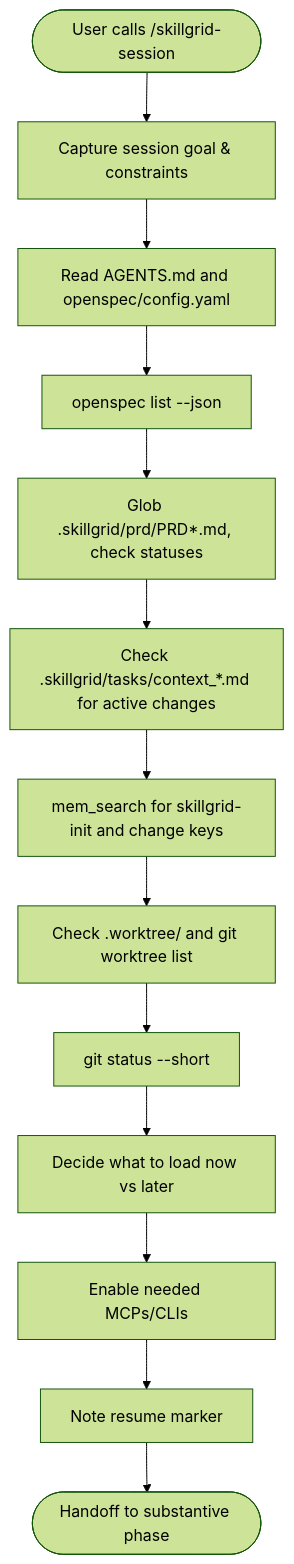
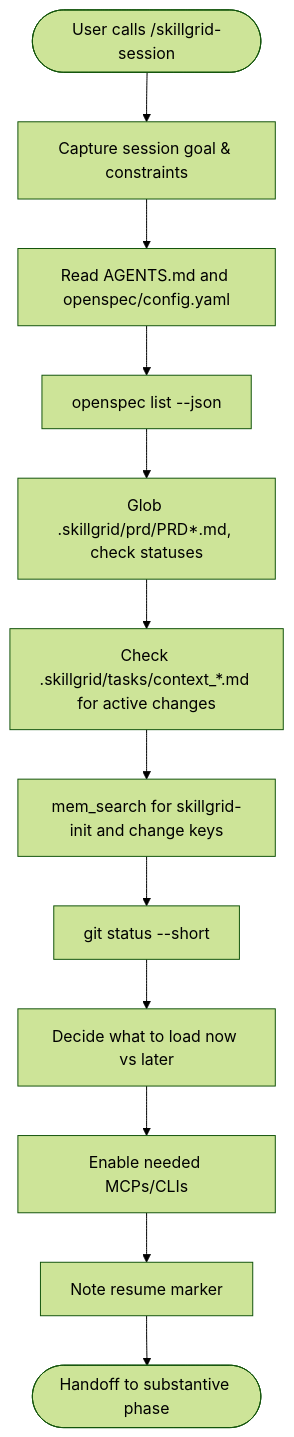
Before and after one commit to devopstales/aiskillgrid: the diagram in .cursor/commands/skillgrid-session.md, drawn with Mermaid (forest theme). The commit also changed other lines of this file and 50 other files, not shown here.

````diff
--- a/.cursor/commands/skillgrid-session.md
+++ b/.cursor/commands/skillgrid-session.md
@@ -22,18 +22,17 @@
 ```mermaid
 flowchart TD
     START([User calls /skillgrid-session])
     CHARTER[Capture session goal & constraints]
     AGENTS[Read AGENTS.md and openspec/config.yaml]
     OPS[openspec list --json]
     PRDS[Glob .skillgrid/prd/PRD*.md, check statuses]
     CONTEXT[Check .skillgrid/tasks/context_*.md for active changes]
     ENGRAM[mem_search for skillgrid-init and change keys]
-    WORKTREES[Check .worktree/ and git worktree list]
     DIRTY[git status --short]
     BUDGET[Decide what to load now vs later]
     TOOLS[Enable needed MCPs/CLIs]
     CHECKPOINT[Note resume marker]
     START --> CHARTER
-    CHARTER --> AGENTS --> OPS --> PRDS --> CONTEXT --> ENGRAM --> WORKTREES --> DIRTY
+    CHARTER --> AGENTS --> OPS --> PRDS --> CONTEXT --> ENGRAM --> DIRTY
     DIRTY --> BUDGET --> TOOLS --> CHECKPOINT --> DONE([Handoff to substantive phase])
 ```
````
